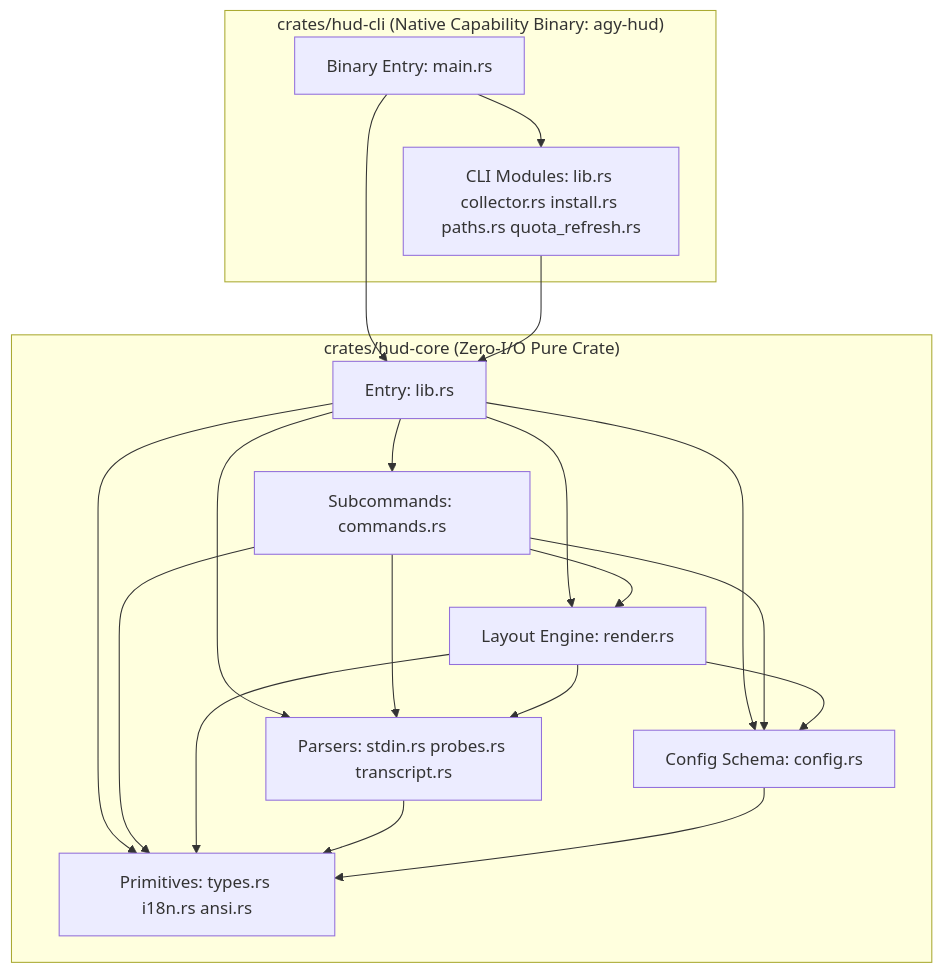
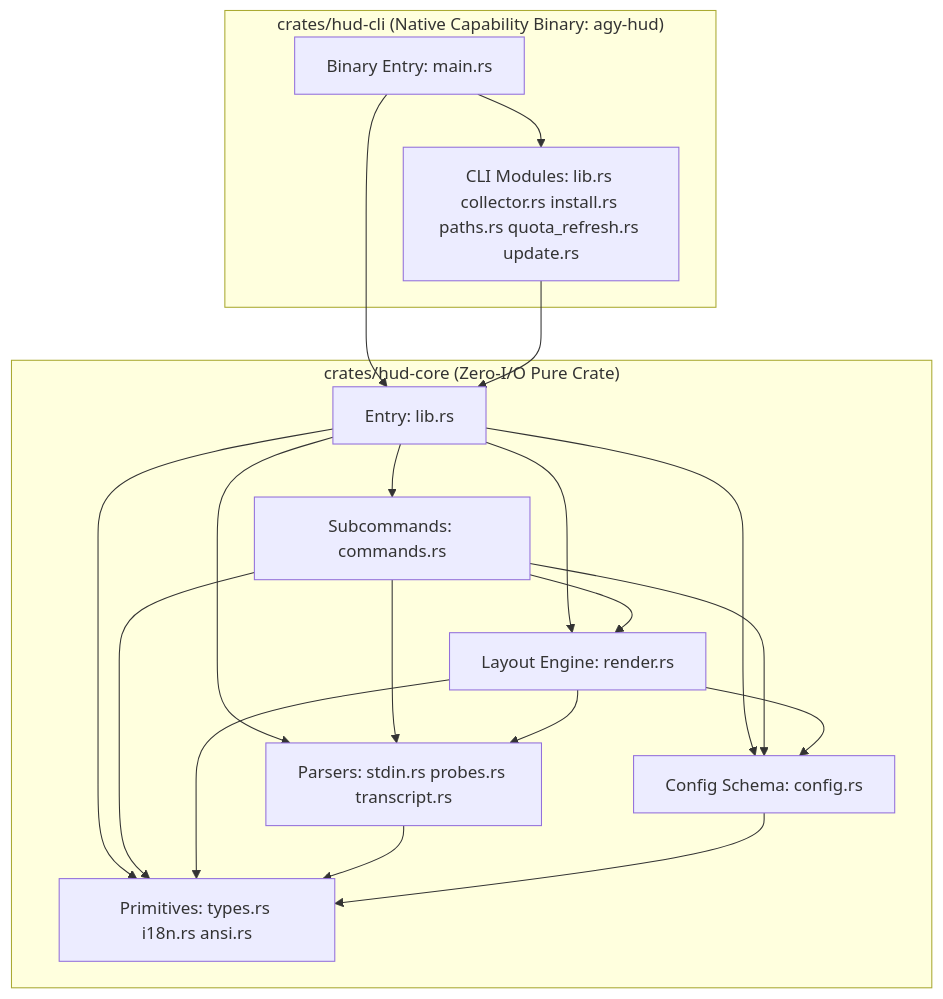
Before and after one commit to maxlee/agy-hud: the diagram in ARCHITECTURE.md, drawn with Mermaid. The commit also changed other lines of this file and 23 other files, not shown here.

````diff
--- a/ARCHITECTURE.md
+++ b/ARCHITECTURE.md
@@ -31,24 +31,24 @@
 ```mermaid
 flowchart TD
   subgraph CLI["crates/hud-cli (Native Capability Binary: agy-hud)"]
     cli_main["Binary Entry: main.rs"]
-    cli_lib["CLI Modules: lib.rs collector.rs install.rs paths.rs quota_refresh.rs"]
+    cli_lib["CLI Modules: lib.rs collector.rs install.rs paths.rs quota_refresh.rs update.rs"]
   end
 
   subgraph CORE["crates/hud-core (Zero-I/O Pure Crate)"]
     lib["Entry: lib.rs"]
     commands["Subcommands: commands.rs"]
     render["Layout Engine: render.rs"]
     parsers["Parsers: stdin.rs probes.rs transcript.rs"]
     config["Config Schema: config.rs"]
     shared["Primitives: types.rs i18n.rs ansi.rs"]
   end
 
   cli_main --> cli_lib & lib
   cli_lib --> lib
   lib --> commands & render & parsers & config & shared
   commands --> config & parsers & render & shared
   render --> config & parsers & shared
   parsers --> shared
   config --> shared
 ```
````
